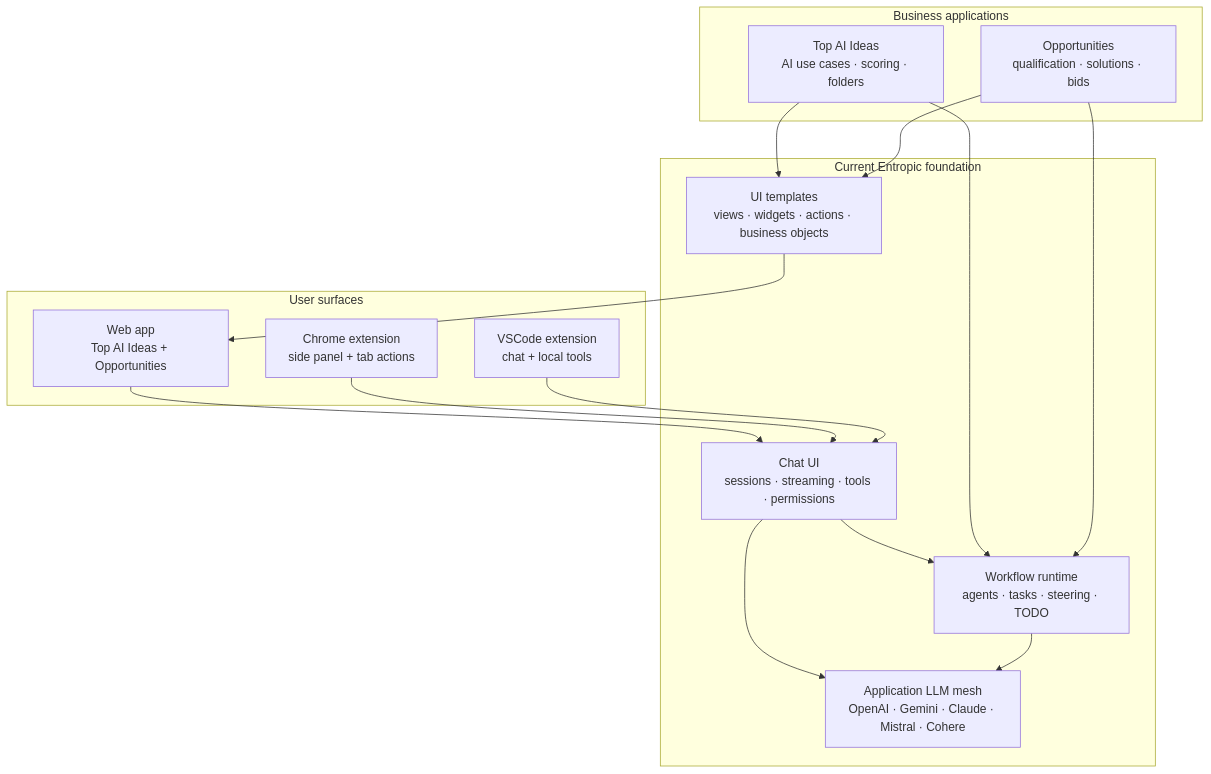
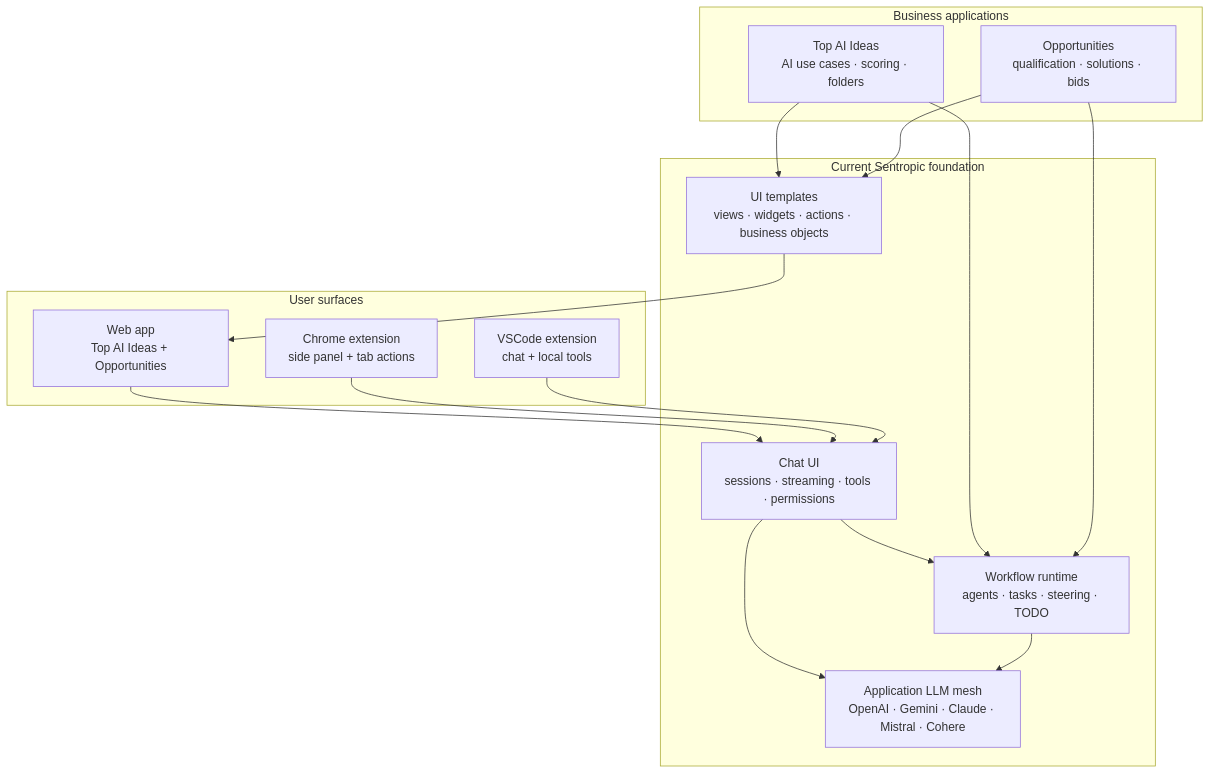
The first of 2 diagrams in README.md (rhanka/sentropic), drawn with Mermaid before and after one commit. The commit also changed other lines of this file and 622 other files, not shown here.

````diff
--- a/README.md
+++ b/README.md
@@ -86,34 +86,34 @@
 ```mermaid
 flowchart TB
     subgraph Surfaces["User surfaces"]
         Web["Web app<br/>Top AI Ideas + Opportunities"]
         Chrome["Chrome extension<br/>side panel + tab actions"]
         VSCode["VSCode extension<br/>chat + local tools"]
     end
 
-    subgraph Core["Current Entropic foundation"]
+    subgraph Core["Current Sentropic foundation"]
         Chat["Chat UI<br/>sessions · streaming · tools · permissions"]
         Workflow["Workflow runtime<br/>agents · tasks · steering · TODO"]
         LLM["Application LLM mesh<br/>OpenAI · Gemini · Claude · Mistral · Cohere"]
         Templates["UI templates<br/>views · widgets · actions · business objects"]
     end
 
     subgraph Business["Business applications"]
         Ideas["Top AI Ideas<br/>AI use cases · scoring · folders"]
         Opps["Opportunities<br/>qualification · solutions · bids"]
     end
 
     Web --> Chat
     Chrome --> Chat
     VSCode --> Chat
 
     Chat --> Workflow
     Chat --> LLM
     Workflow --> LLM
     Templates --> Web
 
     Ideas --> Templates
     Opps --> Templates
     Ideas --> Workflow
     Opps --> Workflow
 ```
````
